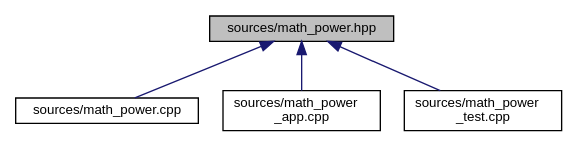
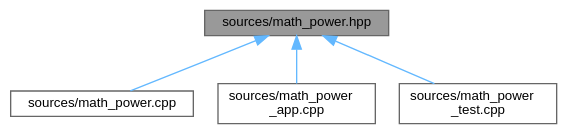
Before and after one commit to eliogovea/dev-env-cpp: the diagram in dev/documentation/math__power_8hpp__dep__incl.dot, drawn with Graphviz. The commit also changed 247 other files, not shown here.

```diff
--- a/dev/documentation/math__power_8hpp__dep__incl.dot
+++ b/dev/documentation/math__power_8hpp__dep__incl.dot
@@ -1,13 +1,14 @@
 digraph "sources/math_power.hpp"
 {
  // LATEX_PDF_SIZE
-  edge [fontname="Helvetica",fontsize="10",labelfontname="Helvetica",labelfontsize="10"];
-  node [fontname="Helvetica",fontsize="10",shape=record];
-  Node1 [label="sources/math_power.hpp",height=0.2,width=0.4,color="black", fillcolor="grey75", style="filled", fontcolor="black",tooltip=" "];
-  Node1 -> Node2 [dir="back",color="midnightblue",fontsize="10",style="solid",fontname="Helvetica"];
-  Node2 [label="sources/math_power.cpp",height=0.2,width=0.4,color="black", fillcolor="white", style="filled",URL="$math__power_8cpp.html",tooltip=" "];
-  Node1 -> Node3 [dir="back",color="midnightblue",fontsize="10",style="solid",fontname="Helvetica"];
-  Node3 [label="sources/math_power\l_app.cpp",height=0.2,width=0.4,color="black", fillcolor="white", style="filled",URL="$math__power__app_8cpp.html",tooltip=" "];
-  Node1 -> Node4 [dir="back",color="midnightblue",fontsize="10",style="solid",fontname="Helvetica"];
-  Node4 [label="sources/math_power\l_test.cpp",height=0.2,width=0.4,color="black", fillcolor="white", style="filled",URL="$math__power__test_8cpp.html",tooltip=" "];
+  bgcolor="transparent";
+  edge [fontname=Helvetica,fontsize=10,labelfontname=Helvetica,labelfontsize=10];
+  node [fontname=Helvetica,fontsize=10,shape=box,height=0.2,width=0.4];
+  Node1 [id="Node000001",label="sources/math_power.hpp",height=0.2,width=0.4,color="gray40", fillcolor="grey60", style="filled", fontcolor="black",tooltip=" "];
+  Node1 -> Node2 [id="edge1_Node000001_Node000002",dir="back",color="steelblue1",style="solid",tooltip=" "];
+  Node2 [id="Node000002",label="sources/math_power.cpp",height=0.2,width=0.4,color="grey40", fillcolor="white", style="filled",URL="$math__power_8cpp.html",tooltip=" "];
+  Node1 -> Node3 [id="edge2_Node000001_Node000003",dir="back",color="steelblue1",style="solid",tooltip=" "];
+  Node3 [id="Node000003",label="sources/math_power\l_app.cpp",height=0.2,width=0.4,color="grey40", fillcolor="white", style="filled",URL="$math__power__app_8cpp.html",tooltip=" "];
+  Node1 -> Node4 [id="edge3_Node000001_Node000004",dir="back",color="steelblue1",style="solid",tooltip=" "];
+  Node4 [id="Node000004",label="sources/math_power\l_test.cpp",height=0.2,width=0.4,color="grey40", fillcolor="white", style="filled",URL="$math__power__test_8cpp.html",tooltip=" "];
 }
```
